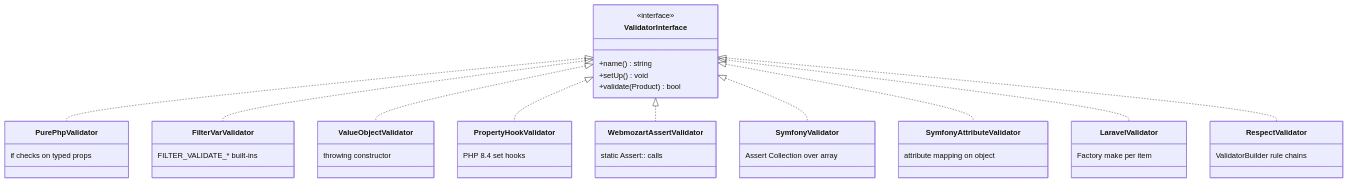
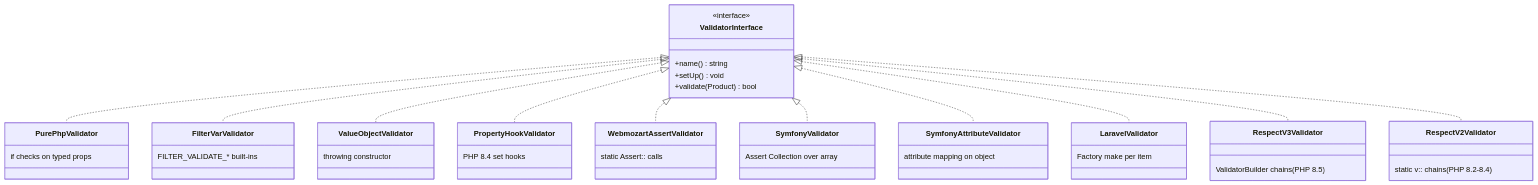
Before and after one commit to sadekd/php-validator-benchmarks: the fourth of 5 diagrams in README.md, drawn with Mermaid. The commit also changed other lines of this file and 25 other files, not shown here.

````diff
--- a/README.md
+++ b/README.md
@@ -71,47 +108,51 @@
 ```mermaid
 classDiagram
     class ValidatorInterface {
         <<interface>>
         +name() string
         +setUp() void
         +validate(Product) bool
     }
 
     class PurePhpValidator {
         if checks on typed props
     }
     class FilterVarValidator {
         FILTER_VALIDATE_* built-ins
     }
     class ValueObjectValidator {
         throwing constructor
     }
     class PropertyHookValidator {
         PHP 8.4 set hooks
     }
     class WebmozartAssertValidator {
         static Assert:: calls
     }
     class SymfonyValidator {
         Assert Collection over array
     }
     class SymfonyAttributeValidator {
         attribute mapping on object
     }
     class LaravelValidator {
         Factory make per item
     }
-    class RespectValidator {
-        ValidatorBuilder rule chains
+    class RespectV3Validator {
+        ValidatorBuilder chains (PHP 8.5)
+    }
+    class RespectV2Validator {
+        static v:: chains (PHP 8.2-8.4)
     }
 
     ValidatorInterface <|.. PurePhpValidator
     ValidatorInterface <|.. FilterVarValidator
     ValidatorInterface <|.. ValueObjectValidator
     ValidatorInterface <|.. PropertyHookValidator
     ValidatorInterface <|.. WebmozartAssertValidator
     ValidatorInterface <|.. SymfonyValidator
     ValidatorInterface <|.. SymfonyAttributeValidator
     ValidatorInterface <|.. LaravelValidator
-    ValidatorInterface <|.. RespectValidator
+    ValidatorInterface <|.. RespectV3Validator
+    ValidatorInterface <|.. RespectV2Validator
 ```
````
